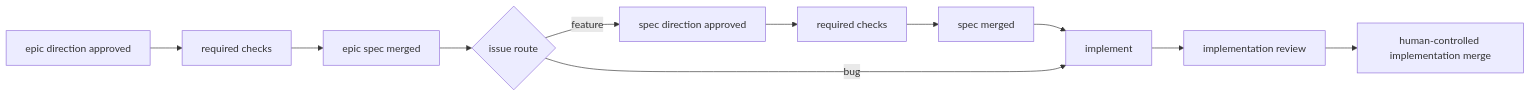
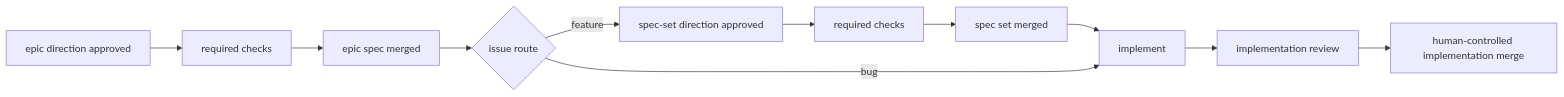
Before and after one commit to fixpoint-labs/flow-state-dev: the second of 5 diagrams in docs/contributing/orchestration.md, drawn with Mermaid. The commit also changed other lines of this file and 7 other files, not shown here.

````diff
--- a/docs/contributing/orchestration.md
+++ b/docs/contributing/orchestration.md
@@ -596,9 +642,9 @@
 ```mermaid
 flowchart LR
   EP[epic direction approved] --> EC[required checks] --> EM[epic spec merged]
   EM --> RT{issue route}
-  RT -->|feature| SP[spec direction approved] --> SC[required checks] --> SM[spec merged]
+  RT -->|feature| SP[spec-set direction approved] --> SC[required checks] --> SM[spec set merged]
   SM --> I[implement]
   RT -->|bug| I
   I --> F[implementation review] --> M[human-controlled implementation merge]
 ```
````
